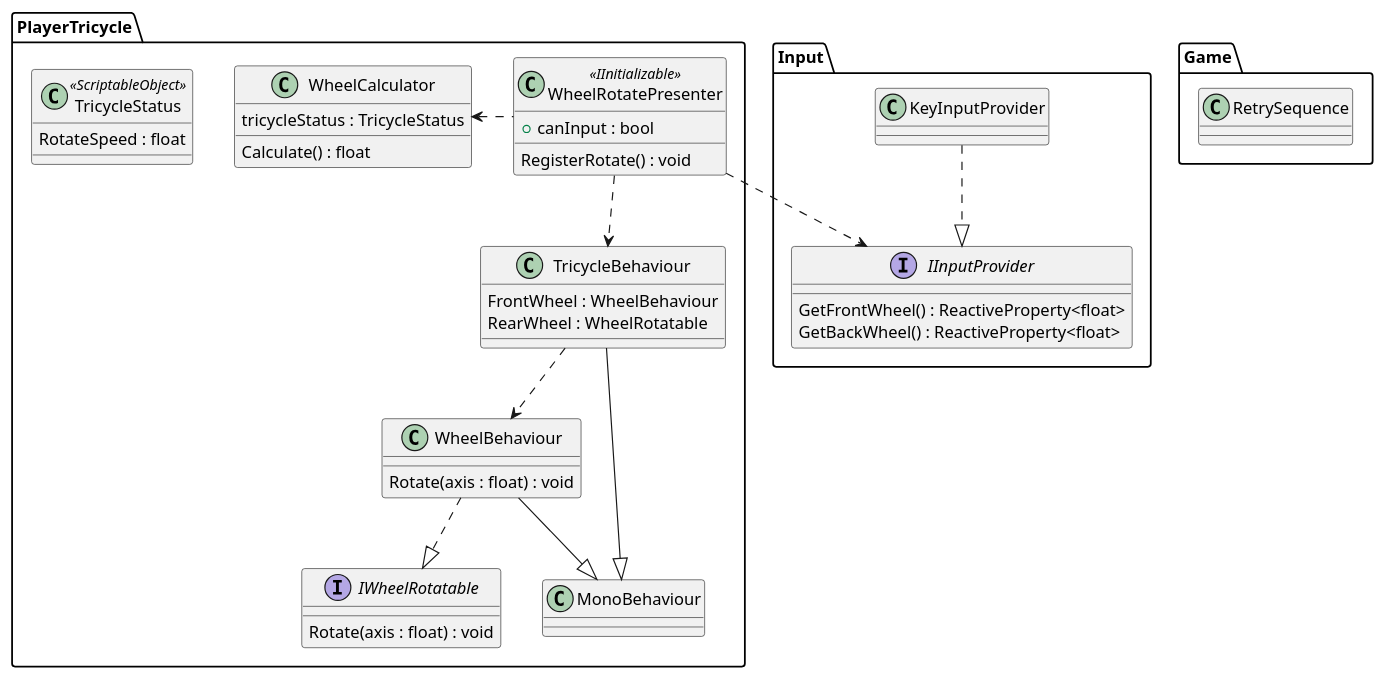
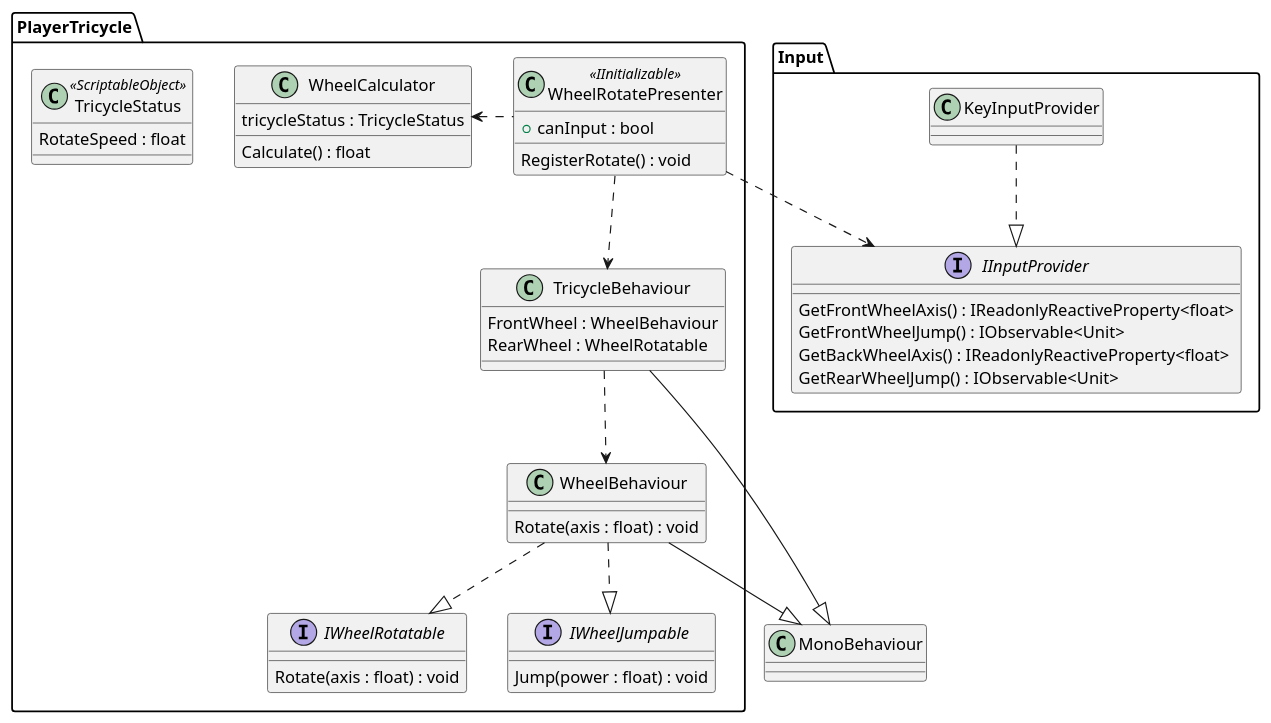
Before and after one commit to Carly7766/tricycle: the diagram in Assets/Documents/class_diagram.puml, drawn with PlantUML. The commit also changed 16 other files, not shown here.

```diff
--- a/Assets/Documents/class_diagram.puml
+++ b/Assets/Documents/class_diagram.puml
@@ -1,59 +1,61 @@
 @startuml
+class MonoBehaviour { }
 
 package Input {
     class KeyInputProvider {
     }
     
     interface IInputProvider {
-        GetFrontWheel() : ReactiveProperty<float>
-        GetBackWheel() : ReactiveProperty<float>
+        GetFrontWheelAxis() : IReadonlyReactiveProperty<float>
+        GetFrontWheelJump() : IObservable<Unit>
+        GetBackWheelAxis() : IReadonlyReactiveProperty<float>
+        GetRearWheelJump() : IObservable<Unit>
     }
+
     KeyInputProvider ..|> IInputProvider
 }
 package PlayerTricycle {
     class TricycleStatus <<ScriptableObject>> {
         RotateSpeed : float
     }
     
     class WheelRotatePresenter <<IInitializable>> {
         +canInput : bool
         RegisterRotate() : void
     }
     
     class WheelCalculator {
         tricycleStatus : TricycleStatus
         Calculate() : float
     }
     
     interface IWheelRotatable {
         Rotate(axis : float) : void
     }
     
+    interface IWheelJumpable {
+        Jump(power : float) : void
+    }
+    
     class WheelBehaviour {
         Rotate(axis : float) : void
     }
     
     class TricycleBehaviour {
         FrontWheel : WheelBehaviour
         RearWheel : WheelRotatable
     }
-
-    class MonoBehaviour { }
     
     TricycleBehaviour --|> MonoBehaviour
     WheelBehaviour --|> MonoBehaviour
 
     WheelBehaviour ..|> IWheelRotatable
+    WheelBehaviour ..|> IWheelJumpable
     
     WheelRotatePresenter ..> IInputProvider
     WheelRotatePresenter ..> TricycleBehaviour
     WheelRotatePresenter ..left> WheelCalculator
     
     TricycleBehaviour ..> WheelBehaviour
 }
-package Game {
-    class RetrySequence {
-    
-    }
-}
 @enduml
```
